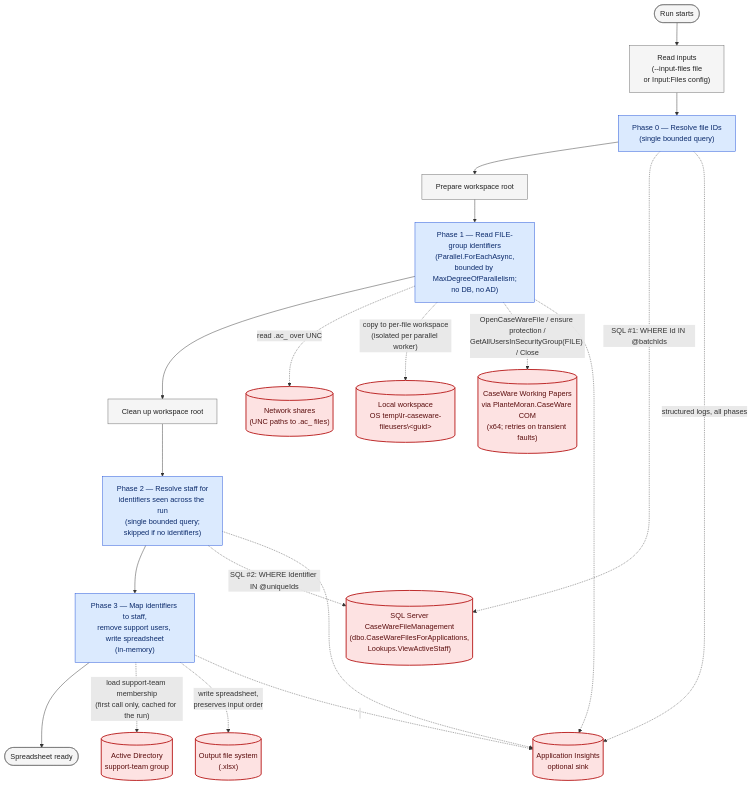
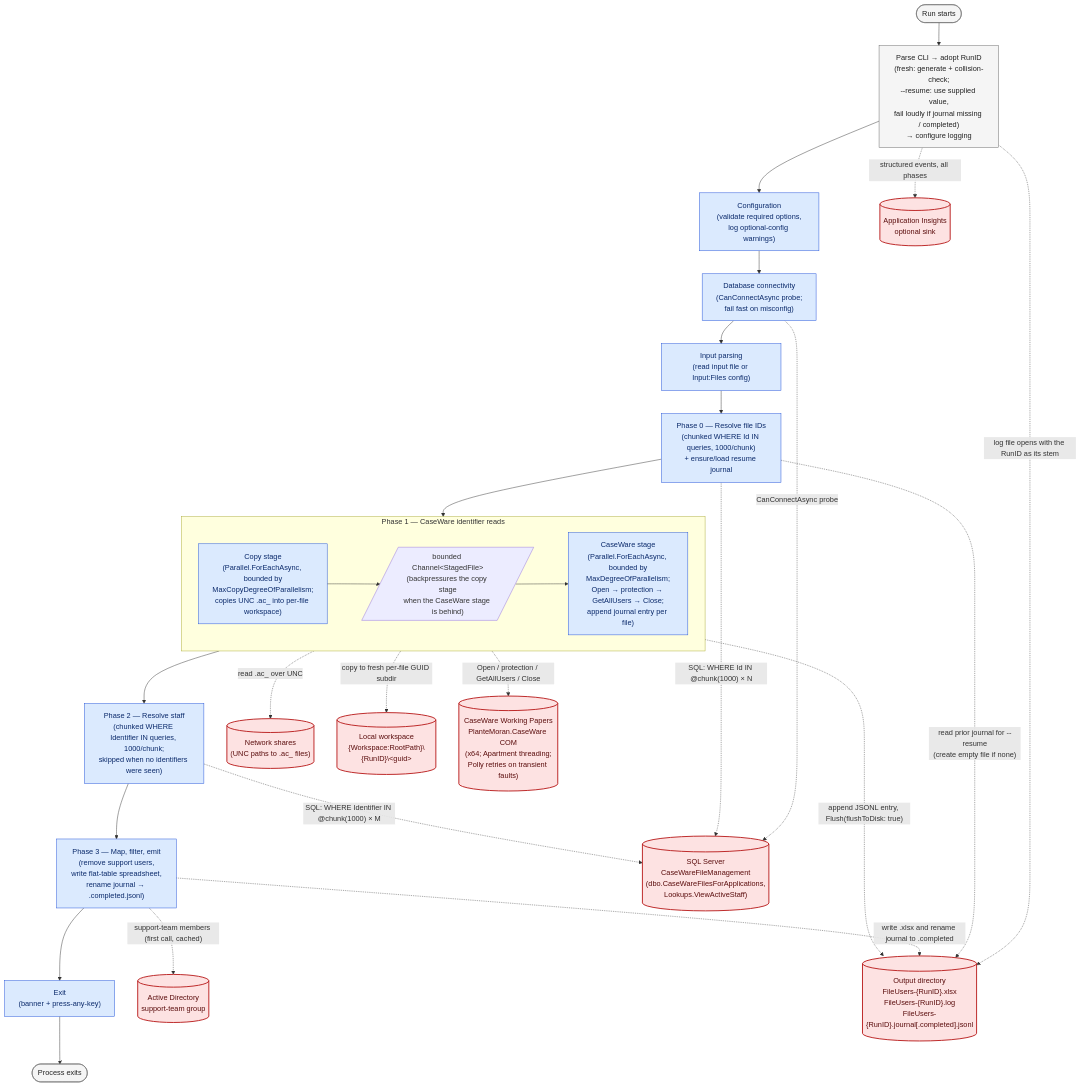
The diagram in WORKFLOW.md (sjacobson-pm/legacyrecords-caseware-fileusers), drawn with Mermaid before and after one commit. The commit also changed other lines of this file, not shown here.

First line of the commit message:
Refresh WORKFLOW diagram for the current pipeline shape

````diff
--- a/WORKFLOW.md
+++ b/WORKFLOW.md
@@ -8,48 +9,54 @@
 ```mermaid
 flowchart TB
     classDef phase  fill:#dbeafe,stroke:#1d4ed8,stroke-width:1px,color:#0b2a6b
     classDef ext    fill:#fde2e2,stroke:#b91c1c,stroke-width:2px,color:#5b0d0d
     classDef se     fill:#f5f5f5,stroke:#666,stroke-width:1px,color:#222
 
     Start([Run starts]):::se
-    Inputs["Read inputs<br/>(--input-files file<br/>or Input:Files config)"]:::se
+    Boot["Parse CLI → adopt RunID<br/>(fresh: generate + collision-check;<br/>--resume: use supplied value,<br/>fail loudly if journal missing / completed)<br/>→ configure logging"]:::se
 
-    P0["Phase 0 — Resolve file IDs<br/>(single bounded query)"]:::phase
-    PrepRoot["Prepare workspace root"]:::se
+    P_Config["Configuration<br/>(validate required options,<br/>log optional-config warnings)"]:::phase
+    P_DB["Database connectivity<br/>(CanConnectAsync probe;<br/>fail fast on misconfig)"]:::phase
+    P_Input["Input parsing<br/>(read input file or Input:Files config)"]:::phase
+    P0["Phase 0 — Resolve file IDs<br/>(chunked WHERE Id IN queries, 1000/chunk)<br/>+ ensure/load resume journal"]:::phase
 
-    P1["Phase 1 — Read FILE-group identifiers<br/>(Parallel.ForEachAsync,<br/>bounded by MaxDegreeOfParallelism;<br/>no DB, no AD)"]:::phase
+    subgraph P1 [Phase 1 — CaseWare identifier reads]
+        direction LR
+        Copy["Copy stage<br/>(Parallel.ForEachAsync, bounded by<br/>MaxCopyDegreeOfParallelism;<br/>copies UNC .ac_ into per-file workspace)"]:::phase
+        Chan[/"bounded Channel&lt;StagedFile&gt;<br/>(backpressures the copy stage<br/>when the CaseWare stage is behind)"/]
+        CWs["CaseWare stage<br/>(Parallel.ForEachAsync, bounded by<br/>MaxDegreeOfParallelism;<br/>Open → protection → GetAllUsers → Close;<br/>append journal entry per file)"]:::phase
+        Copy --> Chan --> CWs
+    end
 
-    CleanRoot["Clean up workspace root"]:::se
+    P2["Phase 2 — Resolve staff<br/>(chunked WHERE Identifier IN queries, 1000/chunk;<br/>skipped when no identifiers were seen)"]:::phase
+    P3["Phase 3 — Map, filter, emit<br/>(remove support users,<br/>write flat-table spreadsheet,<br/>rename journal → .completed.jsonl)"]:::phase
+    ExitP["Exit<br/>(banner + press-any-key)"]:::phase
 
-    P2["Phase 2 — Resolve staff for<br/>identifiers seen across the run<br/>(single bounded query;<br/>skipped if no identifiers)"]:::phase
-
-    P3["Phase 3 — Map identifiers to staff,<br/>remove support users, write spreadsheet<br/>(in-memory)"]:::phase
-
-    Done([Spreadsheet ready]):::se
+    Done([Process exits]):::se
 
     DB[("SQL Server<br/>CaseWareFileManagement<br/>(dbo.CaseWareFilesForApplications,<br/>Lookups.ViewActiveStaff)")]:::ext
     NET[("Network shares<br/>(UNC paths to .ac_ files)")]:::ext
-    LOCAL[("Local workspace<br/>OS temp\lr-caseware-fileusers\&lt;guid&gt;")]:::ext
-    CW[("CaseWare Working Papers<br/>via PlanteMoran.CaseWare COM<br/>(x64; retries on transient faults)")]:::ext
+    LOCAL[("Local workspace<br/>{Workspace:RootPath}\{RunID}\&lt;guid&gt;")]:::ext
+    CW[("CaseWare Working Papers<br/>PlanteMoran.CaseWare COM<br/>(x64; Apartment threading;<br/>Polly retries on transient faults)")]:::ext
     AD[("Active Directory<br/>support-team group")]:::ext
-    OUT[("Output file system<br/>(.xlsx)")]:::ext
+    OUT[("Output directory<br/>FileUsers-{RunID}.xlsx<br/>FileUsers-{RunID}.log<br/>FileUsers-{RunID}.journal[.completed].jsonl")]:::ext
     AI[("Application Insights<br/>optional sink")]:::ext
 
-    Start --> Inputs --> P0 --> PrepRoot --> P1 --> CleanRoot --> P2 --> P3 --> Done
+    Start --> Boot --> P_Config --> P_DB --> P_Input --> P0 --> P1 --> P2 --> P3 --> ExitP --> Done
 
-    P0 -. "SQL #1: WHERE Id IN @batchIds" .-> DB
+    Boot -. "log file opens with the RunID as its stem" .-> OUT
+    P_DB -. "CanConnectAsync probe" .-> DB
+    P0 -. "SQL: WHERE Id IN @chunk(1000) × N" .-> DB
+    P0 -. "read prior journal for --resume<br/>(create empty file if none)" .-> OUT
 
-    P1 -. "read .ac_ over UNC" .-> NET
-    P1 -. "copy to per-file workspace<br/>(isolated per parallel worker)" .-> LOCAL
-    P1 -. "OpenCaseWareFile / ensure protection /<br/>GetAllUsersInSecurityGroup(FILE) / Close" .-> CW
+    Copy -. "read .ac_ over UNC" .-> NET
+    Copy -. "copy to fresh per-file GUID subdir" .-> LOCAL
+    CWs -. "Open / protection / GetAllUsers / Close" .-> CW
+    CWs -. "append JSONL entry, Flush(flushToDisk: true)" .-> OUT
 
-    P2 -. "SQL #2: WHERE Identifier IN @uniqueIds" .-> DB
+    P2 -. "SQL: WHERE Identifier IN @chunk(1000) × M" .-> DB
+    P3 -. "support-team members (first call, cached)" .-> AD
+    P3 -. "write .xlsx and rename journal to .completed" .-> OUT
 
-    P3 -. "load support-team membership<br/>(first call only, cached for the run)" .-> AD
-    P3 -. "write spreadsheet,<br/>preserves input order" .-> OUT
-
-    P0 -. "structured logs, all phases" .-> AI
-    P1 -. "&nbsp;" .-> AI
-    P2 -. "&nbsp;" .-> AI
-    P3 -. "&nbsp;" .-> AI
+    Boot -. "structured events, all phases" .-> AI
 ```
````
